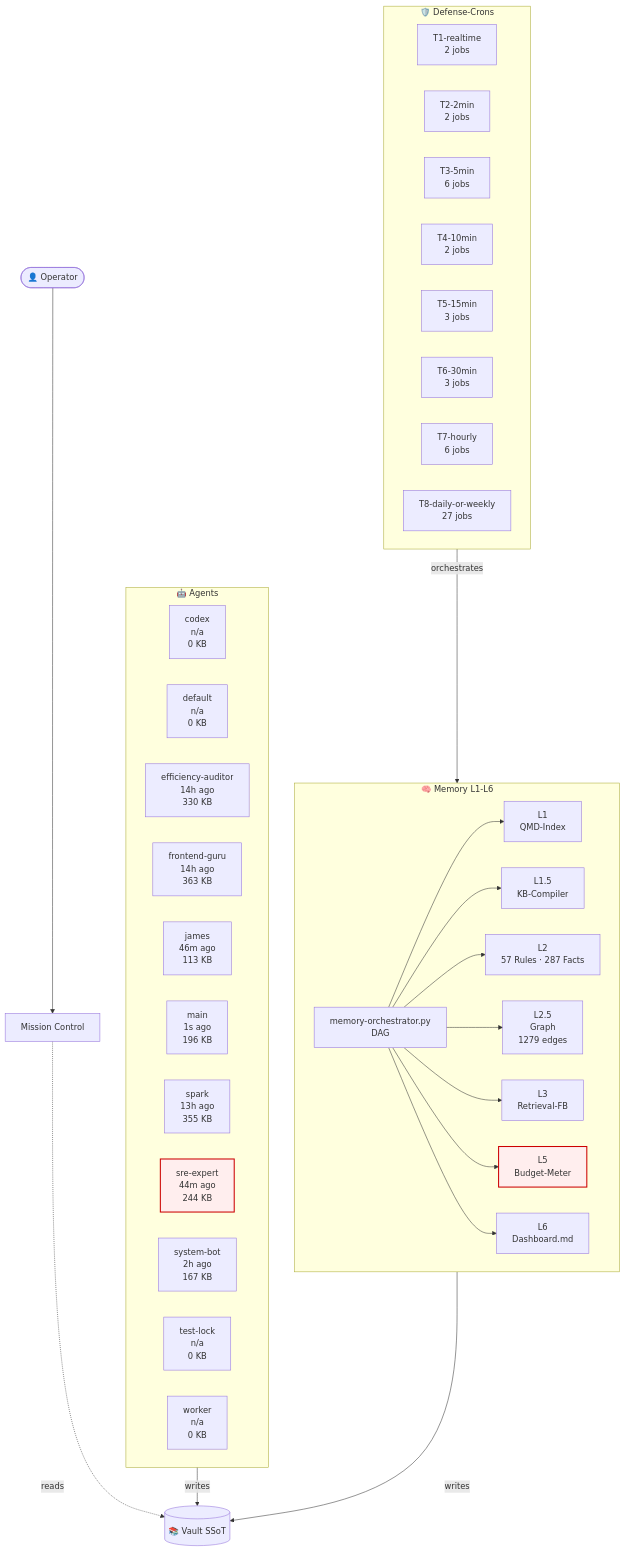
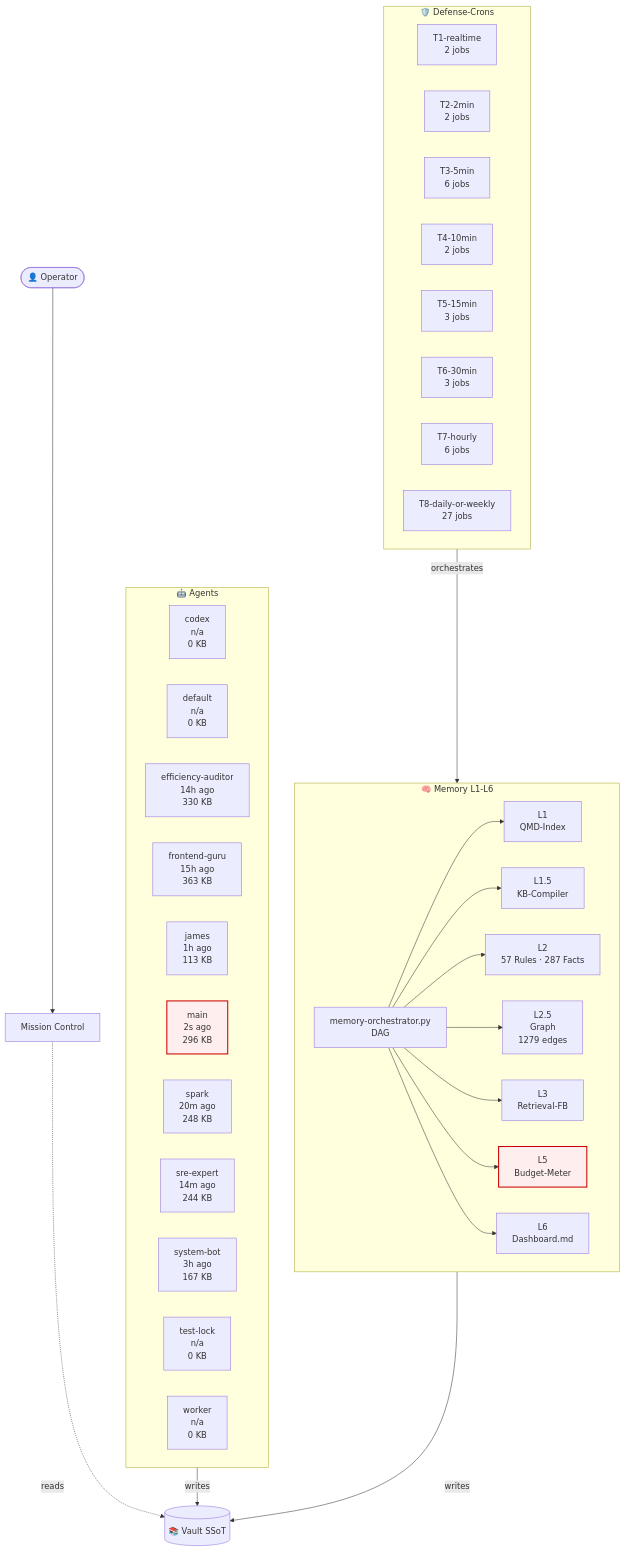
Before and after one commit to lenardhuebner88-rgb/openclaw-memory: the diagram in 03-Agents/architecture-live.md, drawn with Mermaid. The commit also changed other lines of this file and 17 other files, not shown here.

````diff
--- a/03-Agents/architecture-live.md
+++ b/03-Agents/architecture-live.md
@@ -18,54 +18,54 @@
 ```mermaid
 flowchart TB
     classDef critical fill:#fee,stroke:#c00,stroke-width:2px;
     subgraph AGT["🤖 Agents"]
         agent_codex["codex<br/>n/a<br/>0 KB"]
         agent_default["default<br/>n/a<br/>0 KB"]
         agent_efficiency_auditor["efficiency-auditor<br/>14h ago<br/>330 KB"]
-        agent_frontend_guru["frontend-guru<br/>14h ago<br/>363 KB"]
-        agent_james["james<br/>46m ago<br/>113 KB"]
-        agent_main["main<br/>1s ago<br/>196 KB"]
-        agent_spark["spark<br/>13h ago<br/>355 KB"]
-        agent_sre_expert["sre-expert<br/>44m ago<br/>244 KB"]
-        agent_system_bot["system-bot<br/>2h ago<br/>167 KB"]
+        agent_frontend_guru["frontend-guru<br/>15h ago<br/>363 KB"]
+        agent_james["james<br/>1h ago<br/>113 KB"]
+        agent_main["main<br/>2s ago<br/>296 KB"]
+        agent_spark["spark<br/>20m ago<br/>248 KB"]
+        agent_sre_expert["sre-expert<br/>14m ago<br/>244 KB"]
+        agent_system_bot["system-bot<br/>3h ago<br/>167 KB"]
         agent_test_lock["test-lock<br/>n/a<br/>0 KB"]
         agent_worker["worker<br/>n/a<br/>0 KB"]
     end
     subgraph MEM["🧠 Memory L1-L6"]
         L1["L1<br/>QMD-Index"]
         L15["L1.5<br/>KB-Compiler"]
         L2["L2<br/>57 Rules · 287 Facts"]
         L25["L2.5<br/>Graph<br/>1279 edges"]
         L3["L3<br/>Retrieval-FB"]
         L5["L5<br/>Budget-Meter"]
         L6["L6<br/>Dashboard.md"]
         ORCH["memory-orchestrator.py<br/>DAG"]
     end
     subgraph CRN["🛡️ Defense-Crons"]
         tier_T1_realtime["T1-realtime<br/>2 jobs"]
         tier_T2_2min["T2-2min<br/>2 jobs"]
         tier_T3_5min["T3-5min<br/>6 jobs"]
         tier_T4_10min["T4-10min<br/>2 jobs"]
         tier_T5_15min["T5-15min<br/>3 jobs"]
         tier_T6_30min["T6-30min<br/>3 jobs"]
         tier_T7_hourly["T7-hourly<br/>6 jobs"]
         tier_T8_daily_or_weekly["T8-daily-or-weekly<br/>27 jobs"]
     end
     VAULT[("📚 Vault SSoT")]
     OP([👤 Operator])
     MC["Mission Control"]
     OP --> MC
     MC -.reads.-> VAULT
     AGT -->|writes| VAULT
     MEM -->|writes| VAULT
     ORCH --> L1
     ORCH --> L15
     ORCH --> L2
     ORCH --> L25
     ORCH --> L3
     ORCH --> L5
     ORCH --> L6
     CRN -->|orchestrates| MEM
     class L5 critical
-    class agent_sre_expert critical
+    class agent_main critical
 ```
````
